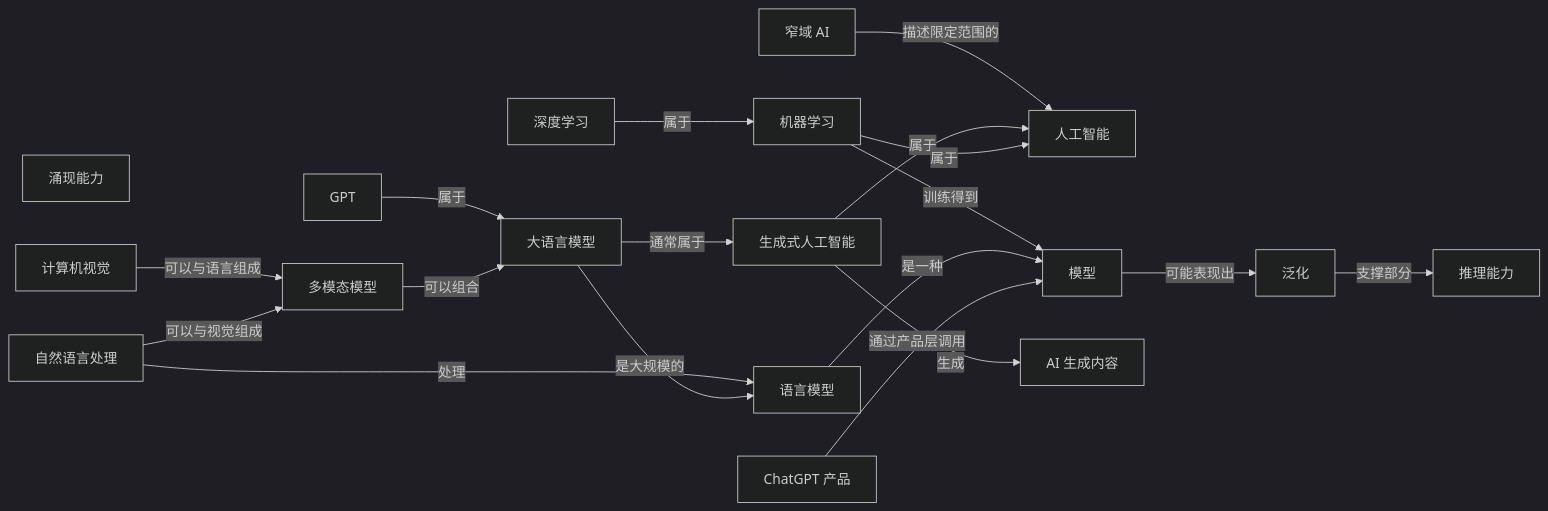
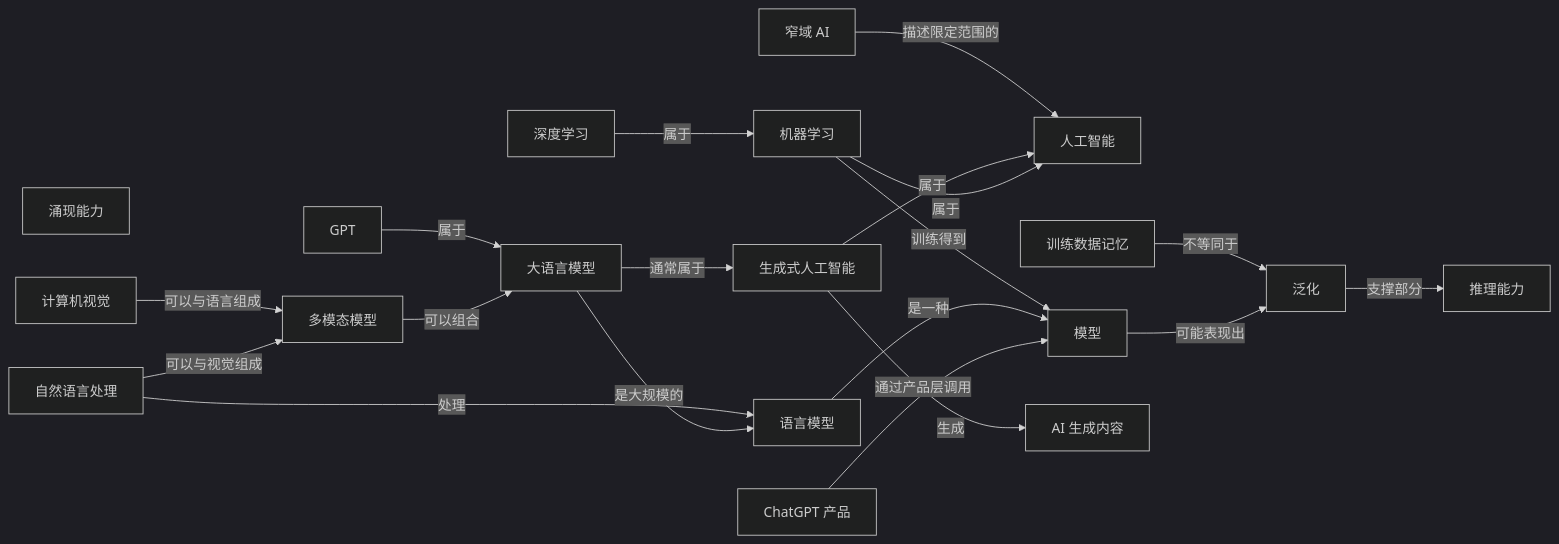
Before and after one commit to z-Zihan/LLM-101: the first of 9 diagrams in 知识网络.md, drawn with Mermaid (dark theme). The commit also changed other lines of this file and 16 other files, not shown here.

````diff
--- a/知识网络.md
+++ b/知识网络.md
@@ -94,37 +97,39 @@
 ```mermaid
 flowchart LR
     n_ai["人工智能"]
     n_machine_learning["机器学习"]
     n_deep_learning["深度学习"]
     n_model["模型"]
     n_language_model["语言模型"]
     n_llm["大语言模型"]
     n_gpt["GPT"]
     n_chatgpt_product["ChatGPT 产品"]
     n_generalization["泛化"]
+    n_memorization["训练数据记忆"]
     n_reasoning["推理能力"]
     n_emergence["涌现能力"]
     n_multimodal["多模态模型"]
     n_narrow_ai["窄域 AI"]
     n_generative_ai["生成式人工智能"]
     n_aigc["AI 生成内容"]
     n_nlp["自然语言处理"]
     n_computer_vision["计算机视觉"]
+    n_memorization -->|"不等同于"| n_generalization
     n_narrow_ai -->|"描述限定范围的"| n_ai
     n_generative_ai -->|"属于"| n_ai
     n_generative_ai -->|"生成"| n_aigc
     n_llm -->|"通常属于"| n_generative_ai
     n_nlp -->|"处理"| n_language_model
     n_computer_vision -->|"可以与语言组成"| n_multimodal
     n_nlp -->|"可以与视觉组成"| n_multimodal
     n_machine_learning -->|"属于"| n_ai
     n_deep_learning -->|"属于"| n_machine_learning
     n_machine_learning -->|"训练得到"| n_model
     n_language_model -->|"是一种"| n_model
     n_llm -->|"是大规模的"| n_language_model
     n_gpt -->|"属于"| n_llm
     n_chatgpt_product -->|"通过产品层调用"| n_model
     n_model -->|"可能表现出"| n_generalization
     n_generalization -->|"支撑部分"| n_reasoning
     n_multimodal -->|"可以组合"| n_llm
 ```
````
